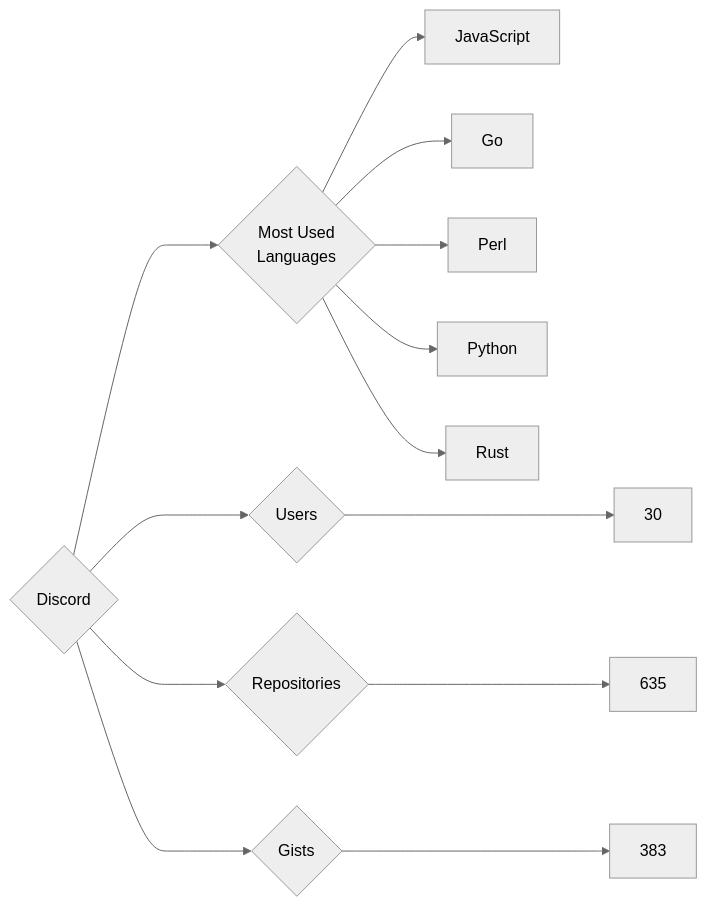
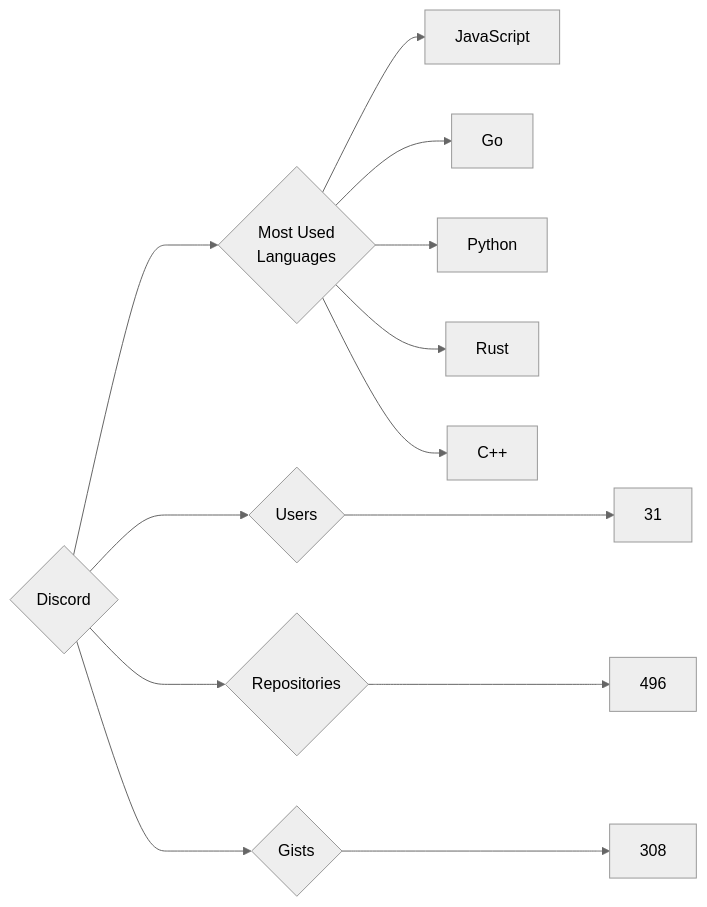
The diagram in targets/Discord/README.md (trickest/insiders), drawn with Mermaid (neutral theme) before and after one commit. The commit also changed 916 other files, not shown here.

````diff
--- a/targets/Discord/README.md
+++ b/targets/Discord/README.md
@@ -3,13 +3,13 @@
 ```mermaid
 graph LR
 COMPANY_NAME{Discord}
-COMPANY_NAME ---> U{Users} ---> UN[30]
-COMPANY_NAME ---> R{Repositories} ---> RN[635]
-COMPANY_NAME ---> G{Gists} ---> GN[383]
+COMPANY_NAME ---> U{Users} ---> UN[31]
+COMPANY_NAME ---> R{Repositories} ---> RN[496]
+COMPANY_NAME ---> G{Gists} ---> GN[308]
 COMPANY_NAME ---> ML{Most Used<br>Languages}
 ML --> JavaScript[JavaScript]
 ML --> Go[Go]
-ML --> Perl[Perl]
 ML --> Python[Python]
 ML --> Rust[Rust]
+ML --> C++[C++]
 ```
````
